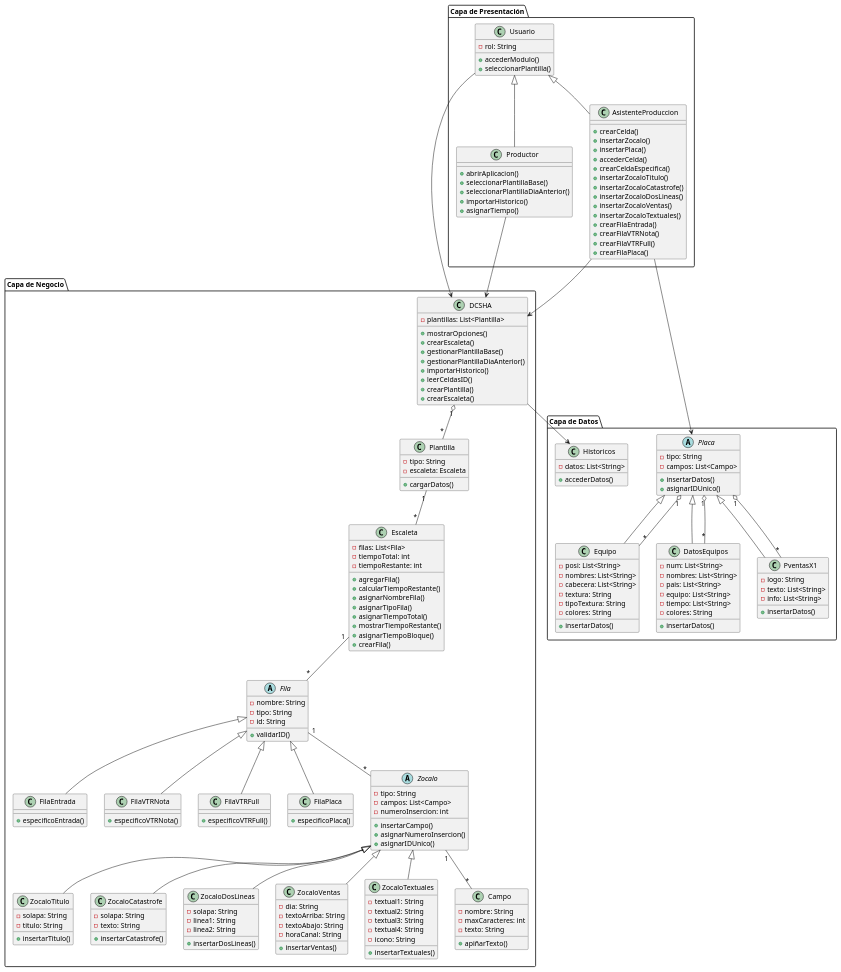
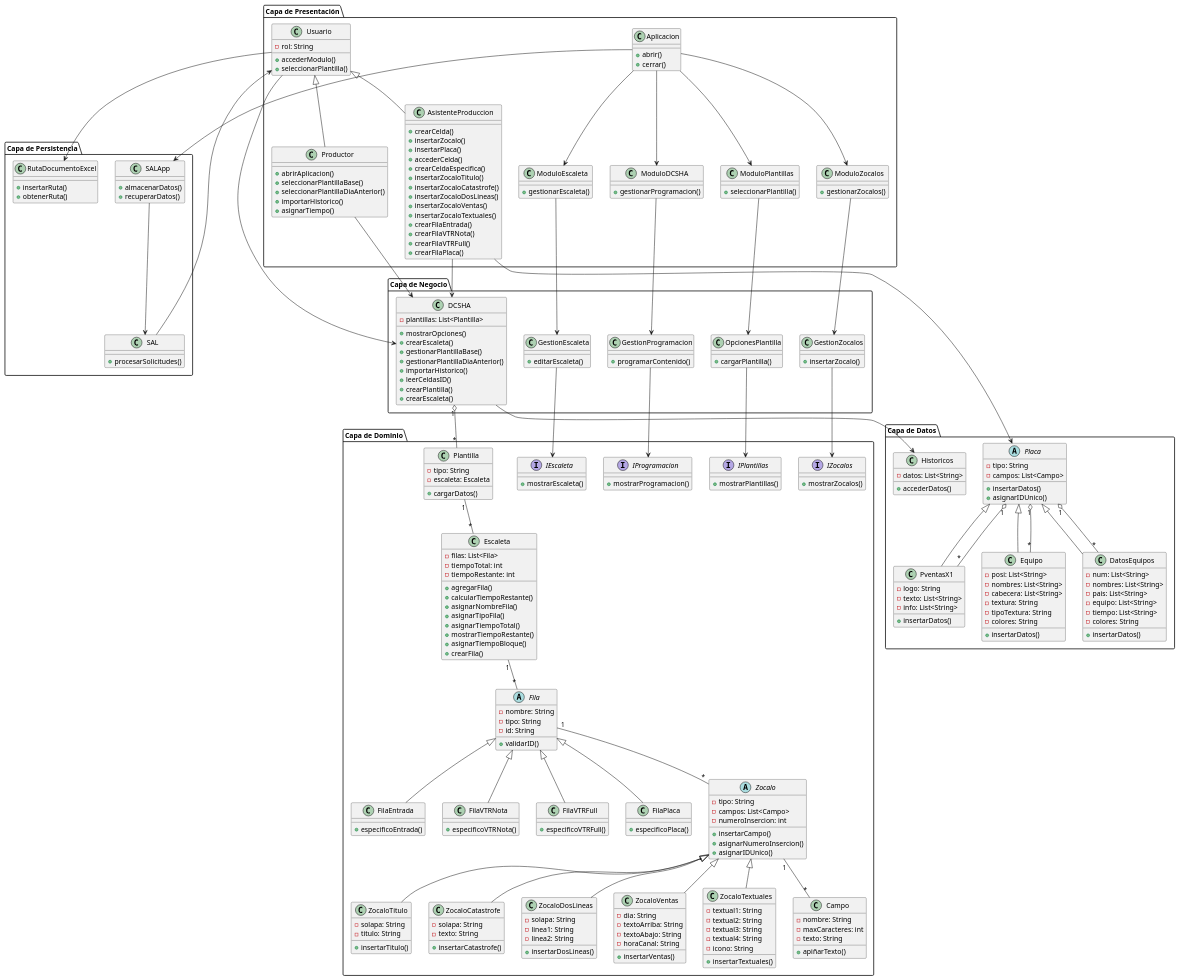
The diagram in Codificación/IngenieríaInversa/diagramaDeClases.wsd (wilmereleon/Aplicativo-Escaleta-Teclado-GC-prototipo), drawn with PlantUML before and after one commit. The commit also changed 31 other files, not shown here.

First line of the commit message:
Inserción de capas restantes Persistencia, Dominio y Datos

```diff
--- a/Codificación/IngenieríaInversa/diagramaDeClases.wsd
+++ b/Codificación/IngenieríaInversa/diagramaDeClases.wsd
@@ -31,6 +31,27 @@
         + crearFilaVTRFull()
         + crearFilaPlaca()
     }
+
+    class Aplicacion {
+        + abrir()
+        + cerrar()
+    }
+
+    class ModuloDCSHA {
+        + gestionarProgramacion()
+    }
+
+    class ModuloPlantillas {
+        + seleccionarPlantilla()
+    }
+
+    class ModuloZocalos {
+        + gestionarZocalos()
+    }
+
+    class ModuloEscaleta {
+        + gestionarEscaleta()
+    }
 }
 
 package "Capa de Negocio" {
@@ -46,6 +67,24 @@
         + crearEscaleta()
     }
 
+    class GestionProgramacion {
+        + programarContenido()
+    }
+
+    class OpcionesPlantilla {
+        + cargarPlantilla()
+    }
+
+    class GestionZocalos {
+        + insertarZocalo()
+    }
+
+    class GestionEscaleta {
+        + editarEscaleta()
+    }
+}
+
+package "Capa de Dominio" {
     class Plantilla {
         - tipo: String
         - escaleta: Escaleta
@@ -140,6 +179,22 @@
         - texto: String
         + apiñarTexto()
     }
+
+    interface IProgramacion {
+        + mostrarProgramacion()
+    }
+
+    interface IPlantillas {
+        + mostrarPlantillas()
+    }
+
+    interface IZocalos {
+        + mostrarZocalos()
+    }
+
+    interface IEscaleta {
+        + mostrarEscaleta()
+    }
 }
 
 package "Capa de Datos" {
@@ -183,6 +238,22 @@
     }
 }
 
+package "Capa de Persistencia" {
+    class SALApp {
+        + almacenarDatos()
+        + recuperarDatos()
+    }
+
+    class SAL {
+        + procesarSolicitudes()
+    }
+
+    class RutaDocumentoExcel {
+        + insertarRuta()
+        + obtenerRuta()
+    }
+}
+
 Usuario <|-- AsistenteProduccion
 Usuario <|-- Productor
 Usuario --> DCSHA
@@ -199,4 +270,25 @@
 Placa "1" o-- "*" PventasX1
 DCSHA --> Historicos
 
+Aplicacion --> ModuloDCSHA
+Aplicacion --> ModuloPlantillas
+Aplicacion --> ModuloZocalos
+Aplicacion --> ModuloEscaleta
+
+ModuloDCSHA --> GestionProgramacion
+ModuloPlantillas --> OpcionesPlantilla
+ModuloZocalos --> GestionZocalos
+ModuloEscaleta --> GestionEscaleta
+
+GestionProgramacion --> IProgramacion
+OpcionesPlantilla --> IPlantillas
+GestionZocalos --> IZocalos
+GestionEscaleta --> IEscaleta
+
+Aplicacion --> SALApp
+SALApp --> SAL
+SAL --> Usuario
+
+Usuario --> RutaDocumentoExcel
+
 @enduml
```
